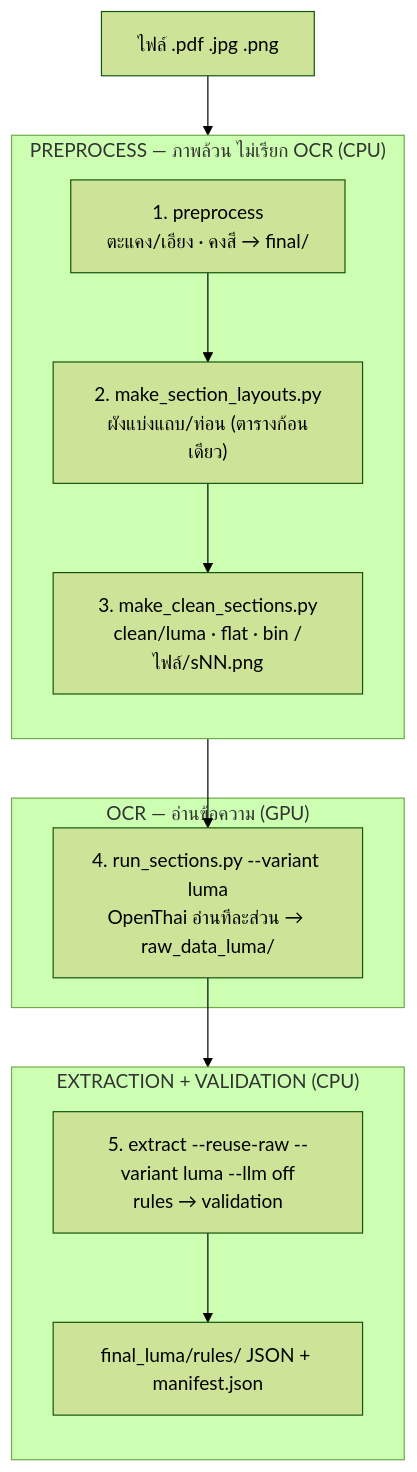
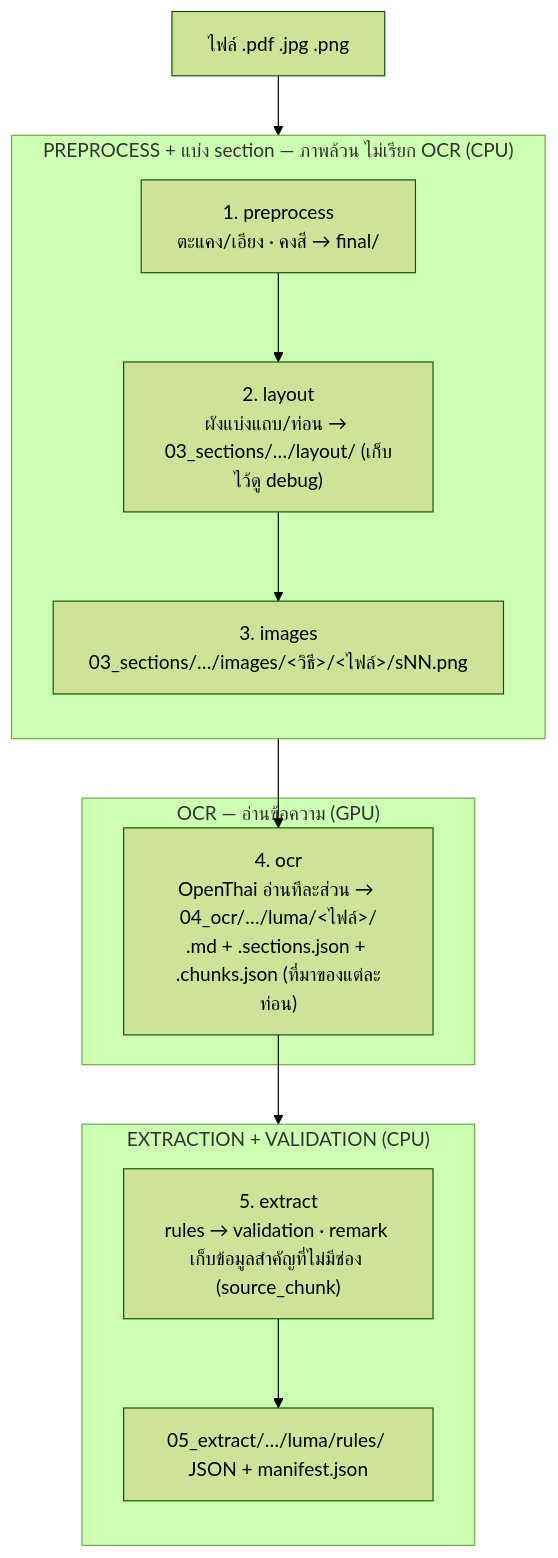
Before and after one commit to Pikcolo/fin-extractor: the first of 2 diagrams in docs/README.md, drawn with Mermaid (forest theme). The commit also changed other lines of this file and 12 other files, not shown here.

First line of the commit message:
Docs: describe the step-numbered layout, the `sections` command and the main-flow diagram

````diff
--- a/docs/README.md
+++ b/docs/README.md
@@ -26,26 +26,26 @@
 ```mermaid
 flowchart TD
     A["ไฟล์ .pdf .jpg .png"]
 
-    subgraph PRE["PREPROCESS — ภาพล้วน ไม่เรียก OCR (CPU)"]
+    subgraph PRE["PREPROCESS + แบ่ง section — ภาพล้วน ไม่เรียก OCR (CPU)"]
         direction TB
         B["1. preprocess<br/>ตะแคง/เอียง · คงสี → final/"]
-        C["2. make_section_layouts.py<br/>ผังแบ่งแถบ/ท่อน (ตารางก้อนเดียว)"]
-        D["3. make_clean_sections.py<br/>clean/luma · flat · bin /ไฟล์/sNN.png"]
+        C["2. layout<br/>ผังแบ่งแถบ/ท่อน → 03_sections/…/layout/ (เก็บไว้ดู debug)"]
+        D["3. images<br/>03_sections/…/images/&lt;วิธี&gt;/&lt;ไฟล์&gt;/sNN.png"]
         B --> C --> D
     end
 
     subgraph OCR["OCR — อ่านข้อความ (GPU)"]
-        E["4. run_sections.py --variant luma<br/>OpenThai อ่านทีละส่วน → raw_data_luma/"]
+        E["4. ocr<br/>OpenThai อ่านทีละส่วน → 04_ocr/…/luma/&lt;ไฟล์&gt;/<br/>.md + .sections.json + .chunks.json (ที่มาของแต่ละท่อน)"]
     end
 
     subgraph EXT["EXTRACTION + VALIDATION (CPU)"]
         direction TB
-        F["5. extract --reuse-raw --variant luma --llm off<br/>rules → validation"]
-        G["final_luma/rules/ JSON + manifest.json"]
+        F["5. extract<br/>rules → validation · remark เก็บข้อมูลสำคัญที่ไม่มีช่อง (source_chunk)"]
+        G["05_extract/…/luma/rules/ JSON + manifest.json"]
         F --> G
     end
 
     A --> B
     D --> E --> F
 ```
````
